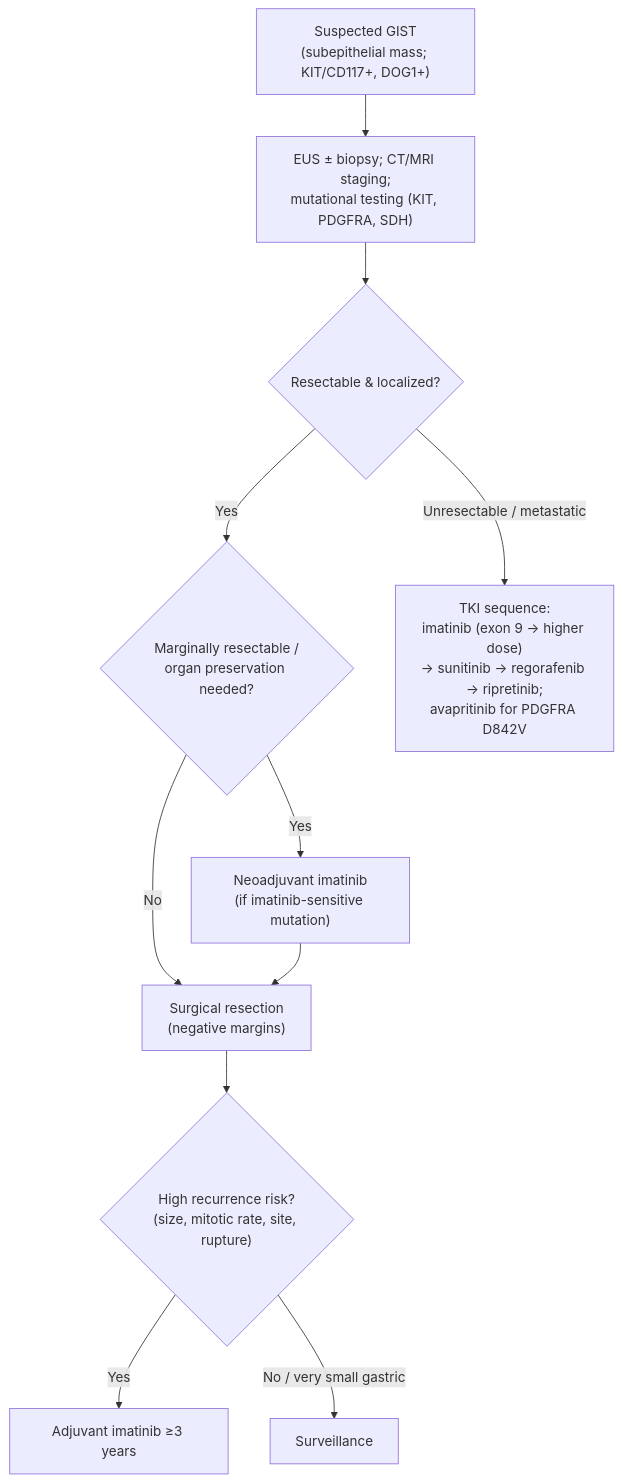
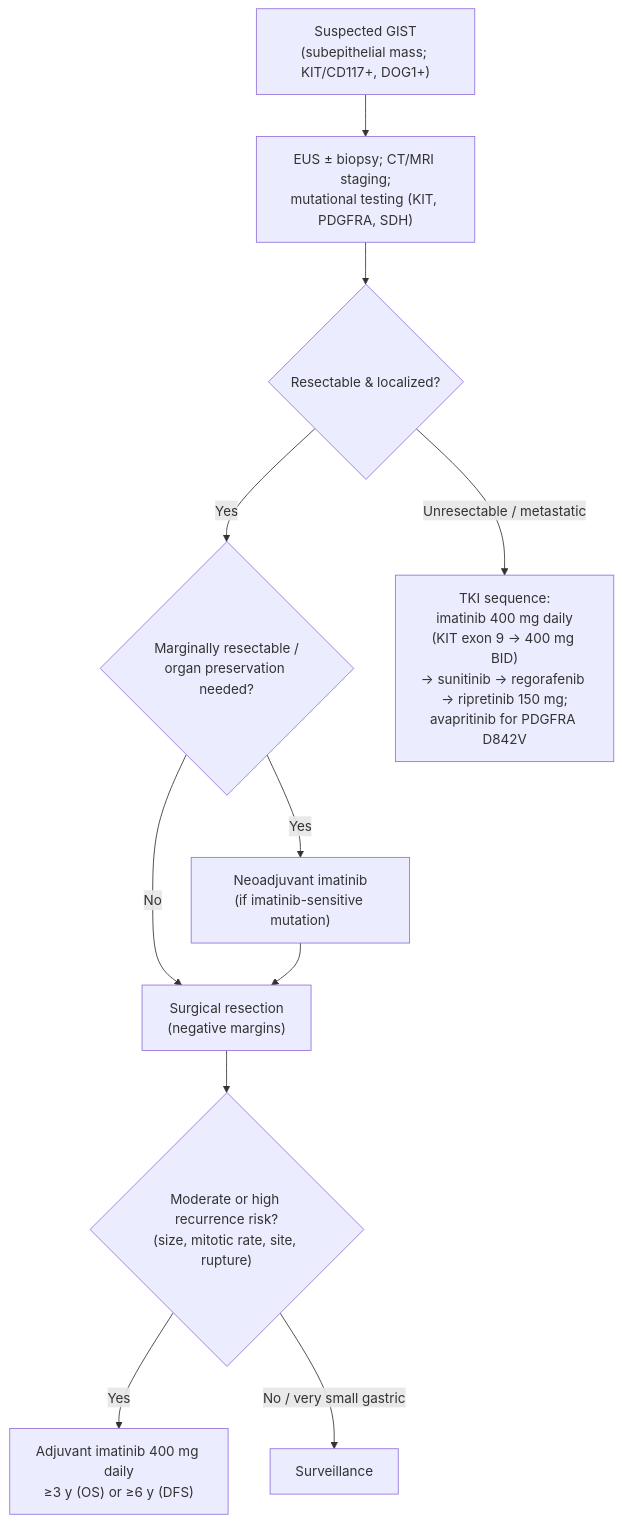
The diagram in KHNL-GI-Wiki/wiki/1-disease-scripts/other/gastrointestinal-stromal-tumor.md (KHNickLeMD/KHNL-GI-Wiki), drawn with Mermaid before and after one commit. The commit also changed other lines of this file and 53 other files, not shown here.

````diff
--- a/KHNL-GI-Wiki/wiki/1-disease-scripts/other/gastrointestinal-stromal-tumor.md
+++ b/KHNL-GI-Wiki/wiki/1-disease-scripts/other/gastrointestinal-stromal-tumor.md
@@ -94,13 +101,13 @@
 ```mermaid
 flowchart TD
     A["Suspected GIST<br/>(subepithelial mass; KIT/CD117+, DOG1+)"] --> B["EUS ± biopsy; CT/MRI staging;<br/>mutational testing (KIT, PDGFRA, SDH)"]
     B --> C{"Resectable & localized?"}
     C -->|"Yes"| D{"Marginally resectable /<br/>organ preservation needed?"}
     D -->|"No"| SX["Surgical resection<br/>(negative margins)"]
     D -->|"Yes"| NEO["Neoadjuvant imatinib<br/>(if imatinib-sensitive mutation)"]
     NEO --> SX
-    SX --> RISK{"High recurrence risk?<br/>(size, mitotic rate, site, rupture)"}
-    RISK -->|"Yes"| ADJ["Adjuvant imatinib ≥3 years"]
+    SX --> RISK{"Moderate or high recurrence risk?<br/>(size, mitotic rate, site, rupture)"}
+    RISK -->|"Yes"| ADJ["Adjuvant imatinib 400 mg daily<br/>≥3 y (OS) or ≥6 y (DFS)"]
     RISK -->|"No / very small gastric"| SURV["Surveillance"]
-    C -->|"Unresectable / metastatic"| SYS["TKI sequence:<br/>imatinib (exon 9 → higher dose)<br/>→ sunitinib → regorafenib → ripretinib;<br/>avapritinib for PDGFRA D842V"]
+    C -->|"Unresectable / metastatic"| SYS["TKI sequence:<br/>imatinib 400 mg daily<br/>(KIT exon 9 → 400 mg BID)<br/>→ sunitinib → regorafenib → ripretinib 150 mg;<br/>avapritinib for PDGFRA D842V"]
 ```
````
